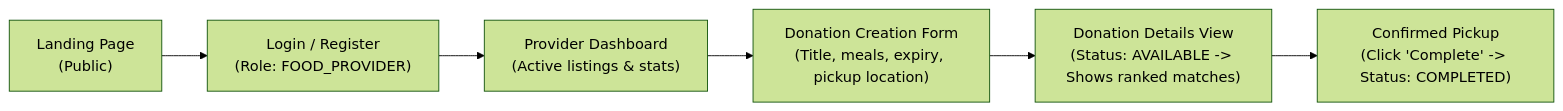
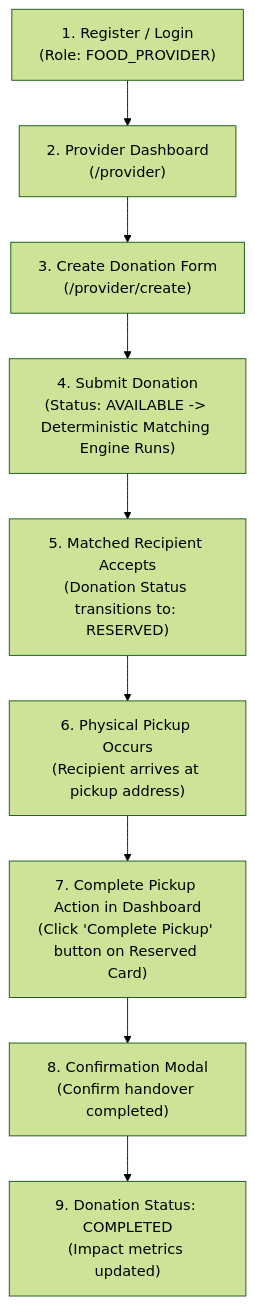
One commit to KShruti772/FoodSync-AI changed the second of 4 diagrams in docs/UI_GUIDELINES.md. Above: the diagram before and after it, drawn with Mermaid (forest theme). The commit also changed other lines of this file and 52 other files, not shown here.

````diff
--- a/docs/UI_GUIDELINES.md
+++ b/docs/UI_GUIDELINES.md
@@ -128,8 +167,11 @@
 ```mermaid
-flowchart LR
-    A["Landing Page\n(Public)"] --> B["Login / Register\n(Role: FOOD_PROVIDER)"]
-    B --> C["Provider Dashboard\n(Active listings & stats)"]
-    C --> D["Donation Creation Form\n(Title, meals, expiry, pickup location)"]
-    D --> E["Donation Details View\n(Status: AVAILABLE -> Shows ranked matches)"]
-    E --> F["Confirmed Pickup\n(Click 'Complete' -> Status: COMPLETED)"]
+flowchart TD
+    A["1. Register / Login\n(Role: FOOD_PROVIDER)"] --> B["2. Provider Dashboard\n(/provider)"]
+    B --> C["3. Create Donation Form\n(/provider/create)"]
+    C --> D["4. Submit Donation\n(Status: AVAILABLE -> Deterministic Matching Engine Runs)"]
+    D --> E["5. Matched Recipient Accepts\n(Donation Status transitions to: RESERVED)"]
+    E --> F["6. Physical Pickup Occurs\n(Recipient arrives at pickup address)"]
+    F --> G["7. Complete Pickup Action in Dashboard\n(Click 'Complete Pickup' button on Reserved Card)"]
+    G --> H["8. Confirmation Modal\n(Confirm handover completed)"]
+    H --> I["9. Donation Status: COMPLETED\n(Impact metrics updated)"]
 ```
````
